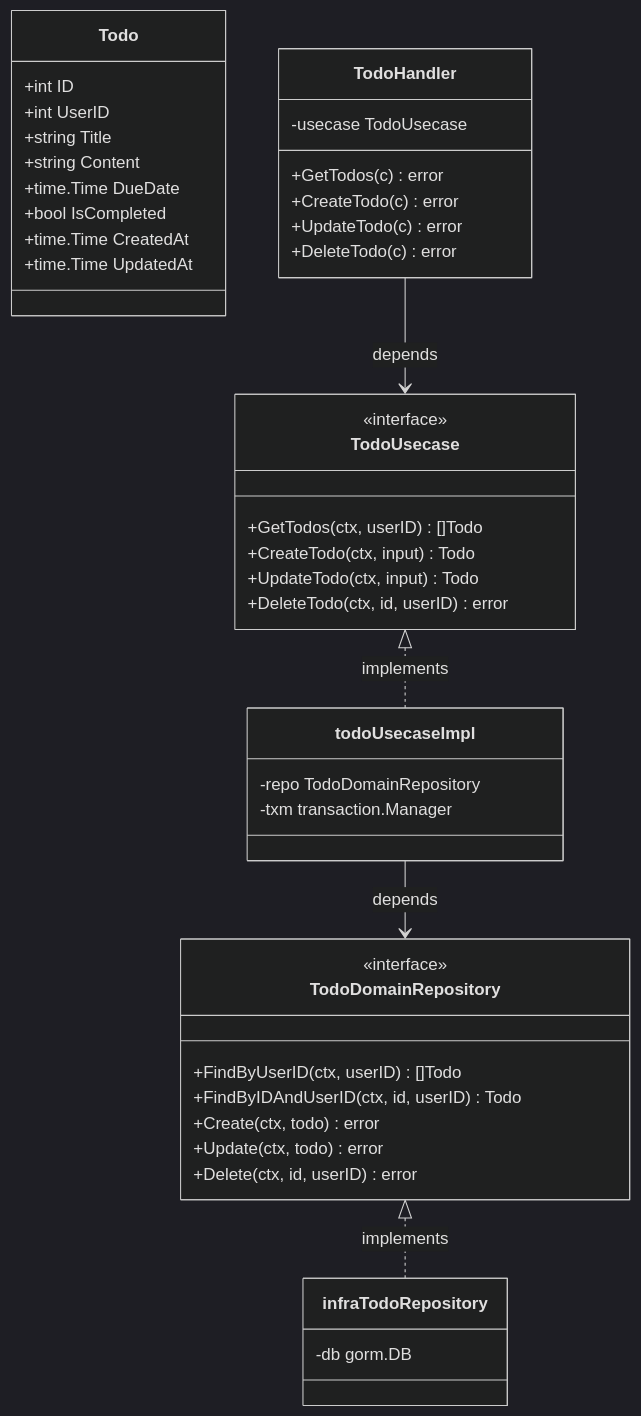
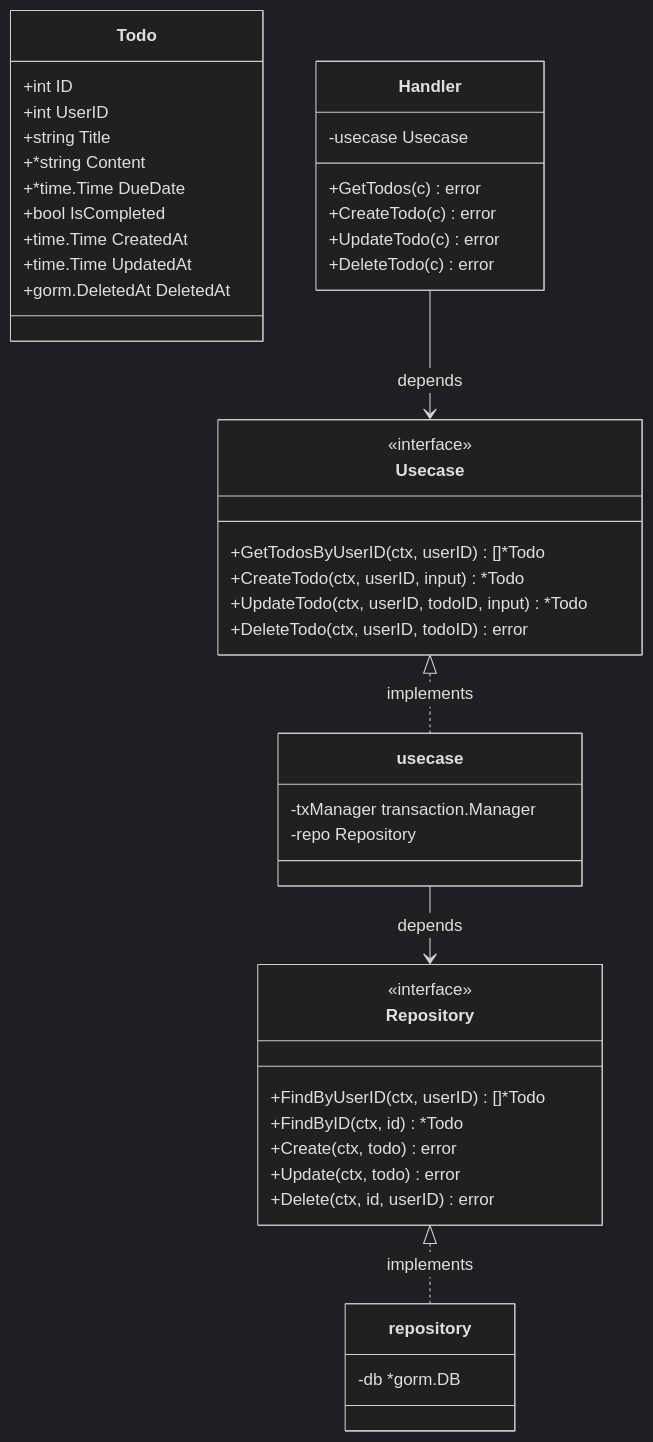
Before and after one commit to k20042kamiya/todo: the diagram in backend/README.md, drawn with Mermaid (dark theme). The commit also changed other lines of this file, not shown here.

````diff
--- a/backend/README.md
+++ b/backend/README.md
@@ -69,47 +75,48 @@
 ```mermaid
 classDiagram
     class Todo {
         +int ID
         +int UserID
         +string Title
-        +string Content
-        +time.Time DueDate
+        +*string Content
+        +*time.Time DueDate
         +bool IsCompleted
         +time.Time CreatedAt
         +time.Time UpdatedAt
+        +gorm.DeletedAt DeletedAt
     }
-    class TodoDomainRepository {
+    class Repository {
         <<interface>>
-        +FindByUserID(ctx, userID) []Todo
-        +FindByIDAndUserID(ctx, id, userID) Todo
+        +FindByUserID(ctx, userID) []*Todo
+        +FindByID(ctx, id) *Todo
         +Create(ctx, todo) error
         +Update(ctx, todo) error
         +Delete(ctx, id, userID) error
     }
-    class TodoUsecase {
+    class Usecase {
         <<interface>>
-        +GetTodos(ctx, userID) []Todo
-        +CreateTodo(ctx, input) Todo
-        +UpdateTodo(ctx, input) Todo
-        +DeleteTodo(ctx, id, userID) error
+        +GetTodosByUserID(ctx, userID) []*Todo
+        +CreateTodo(ctx, userID, input) *Todo
+        +UpdateTodo(ctx, userID, todoID, input) *Todo
+        +DeleteTodo(ctx, userID, todoID) error
     }
-    class todoUsecaseImpl {
-        -repo TodoDomainRepository
-        -txm transaction.Manager
+    class usecase {
+        -txManager transaction.Manager
+        -repo Repository
     }
-    class TodoHandler {
-        -usecase TodoUsecase
+    class Handler {
+        -usecase Usecase
         +GetTodos(c) error
         +CreateTodo(c) error
         +UpdateTodo(c) error
         +DeleteTodo(c) error
     }
-    class infraTodoRepository {
-        -db gorm.DB
+    class repository {
+        -db *gorm.DB
     }
 
-    TodoDomainRepository <|.. infraTodoRepository : implements
-    TodoUsecase <|.. todoUsecaseImpl : implements
-    TodoHandler --> TodoUsecase : depends
-    todoUsecaseImpl --> TodoDomainRepository : depends
+    Repository <|.. repository : implements
+    Usecase <|.. usecase : implements
+    Handler --> Usecase : depends
+    usecase --> Repository : depends
 ```
````
